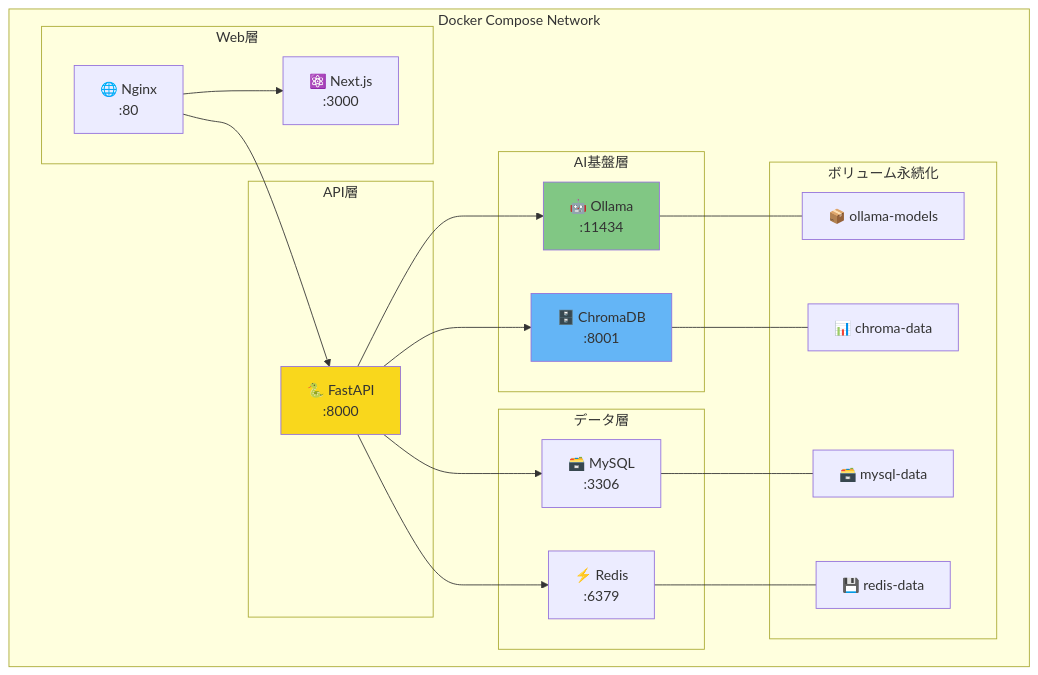
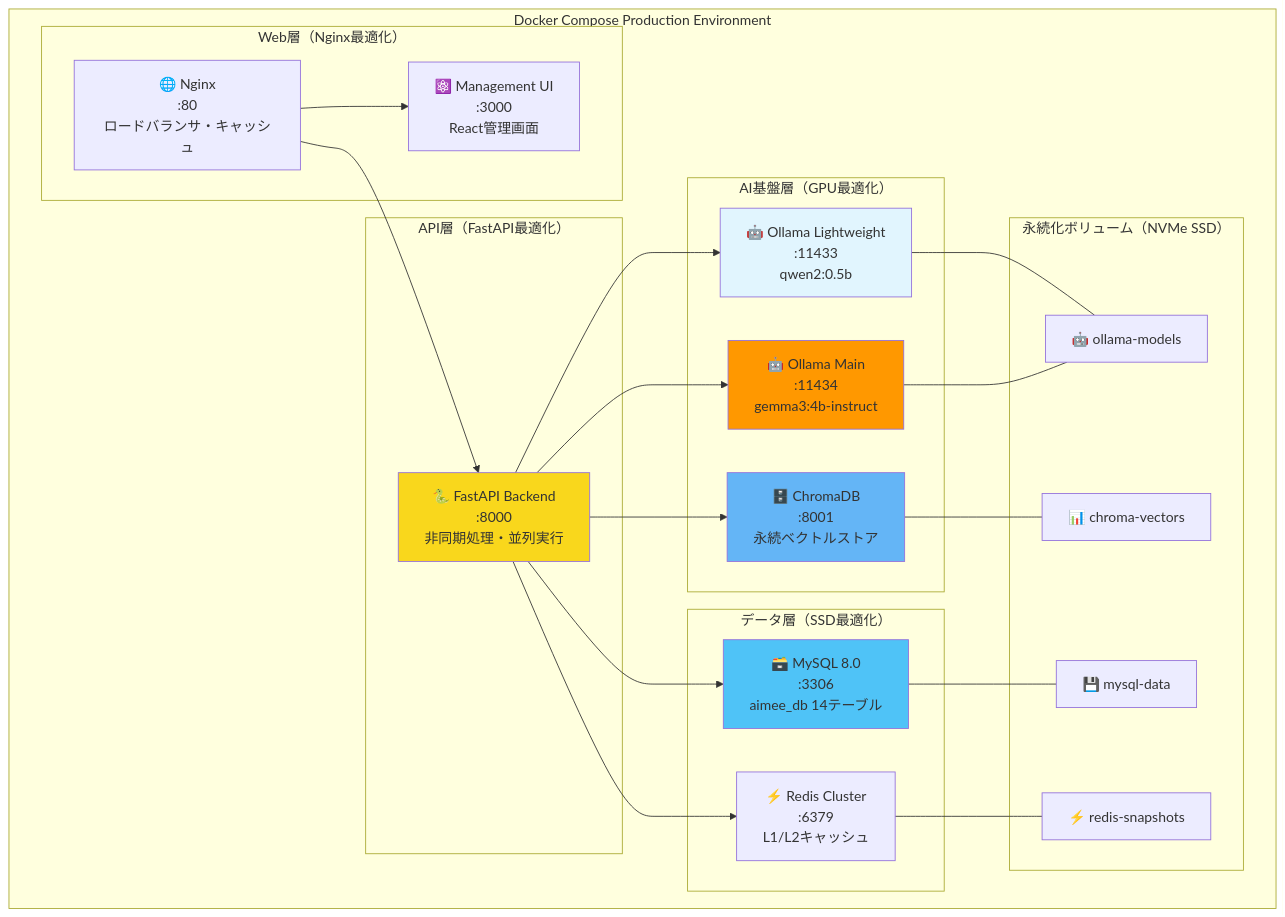
Before and after one commit to EraX-1/aimee-be: the third of 3 diagrams in README.md, drawn with Mermaid. The commit also changed other lines of this file and 2 other files, not shown here.

````diff
--- a/README.md
+++ b/README.md
@@ -148,47 +88,51 @@
 ```mermaid
 graph TB
-    subgraph "Docker Compose Network"
-        
-        subgraph "Web層"
-            Nginx[🌐 Nginx<br/>:80]
-            Frontend[⚛️ Next.js<br/>:3000]
+    subgraph "Docker Compose Production Environment"
+        subgraph "Web層（Nginx最適化）"
+            Nginx[🌐 Nginx<br/>:80<br/>ロードバランサ・キャッシュ]
+            Frontend[⚛️ Management UI<br/>:3000<br/>React管理画面]
         end
         
-        subgraph "API層"
-            Backend[🐍 FastAPI<br/>:8000]
+        subgraph "API層（FastAPI最適化）"
+            Backend[🐍 FastAPI Backend<br/>:8000<br/>非同期処理・並列実行]
         end
         
-        subgraph "AI基盤層"
-            Ollama[🤖 Ollama<br/>:11434]
-            ChromaDB[🗄️ ChromaDB<br/>:8001]
+        subgraph "AI基盤層（GPU最適化）"
+            OllamaLight[🤖 Ollama Lightweight<br/>:11433<br/>qwen2:0.5b]
+            OllamaMain[🤖 Ollama Main<br/>:11434<br/>gemma3:4b-instruct]
+            ChromaDB[🗄️ ChromaDB<br/>:8001<br/>永続ベクトルストア]
         end
         
-        subgraph "データ層"
-            MySQL[🗃️ MySQL<br/>:3306]
-            Redis[⚡ Redis<br/>:6379]
+        subgraph "データ層（SSD最適化）"
+            MySQL[🗃️ MySQL 8.0<br/>:3306<br/>aimee_db 14テーブル]
+            Redis[⚡ Redis Cluster<br/>:6379<br/>L1/L2キャッシュ]
         end
         
-        subgraph "ボリューム永続化"
-            OllamaVol[📦 ollama-models]
-            ChromaVol[📊 chroma-data]
-            MySQLVol[🗃️ mysql-data]
-            RedisVol[💾 redis-data]
+        subgraph "永続化ボリューム（NVMe SSD）"
+            MySQLVol[💾 mysql-data]
+            ChromaVol[📊 chroma-vectors] 
+            OllamaVol[🤖 ollama-models]
+            RedisVol[⚡ redis-snapshots]
         end
     end
     
     Nginx --> Frontend
     Nginx --> Backend
-    Backend --> Ollama
+    Backend --> OllamaLight
+    Backend --> OllamaMain
     Backend --> ChromaDB
     Backend --> MySQL
     Backend --> Redis
     
-    Ollama --- OllamaVol
+    MySQL --- MySQLVol
     ChromaDB --- ChromaVol
-    MySQL --- MySQLVol
+    OllamaLight --- OllamaVol
+    OllamaMain --- OllamaVol
     Redis --- RedisVol
     
     style Backend fill:#f9d71c
-    style Ollama fill:#81c784
+    style OllamaLight fill:#e1f5fe
+    style OllamaMain fill:#ff9800
+    style MySQL fill:#4fc3f7
     style ChromaDB fill:#64b5f6
 ```
````
